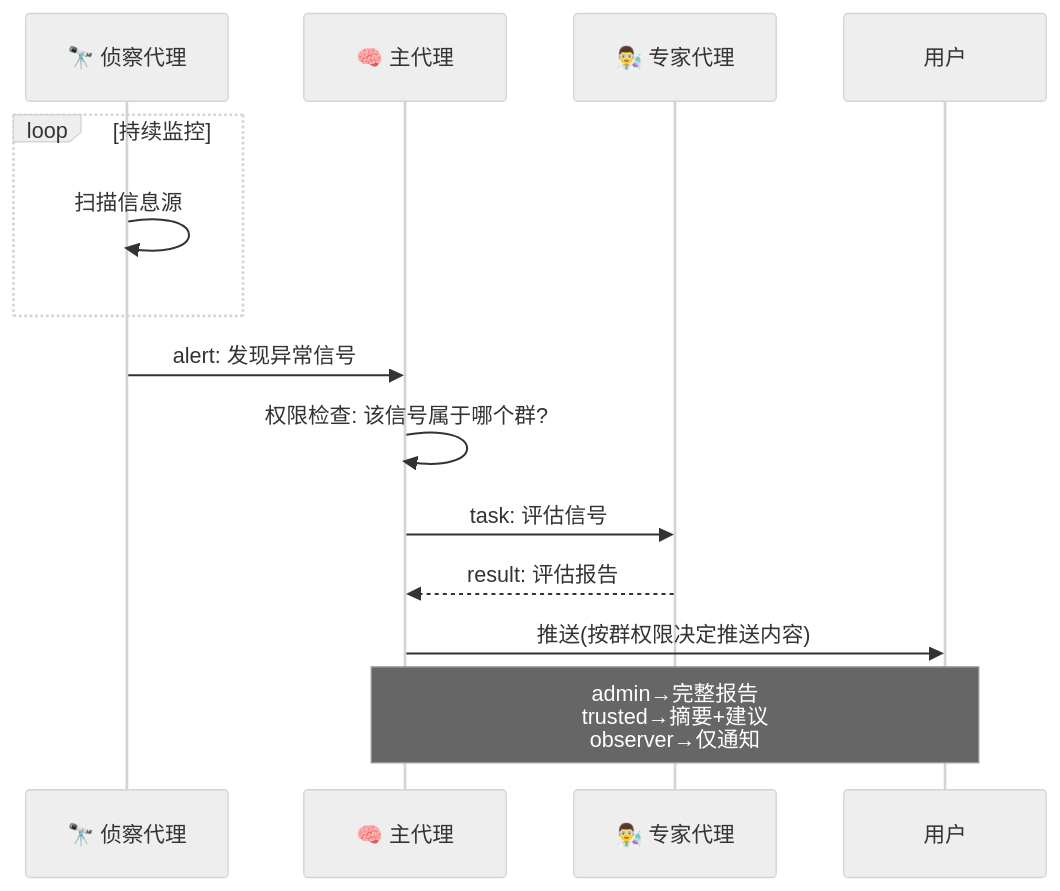
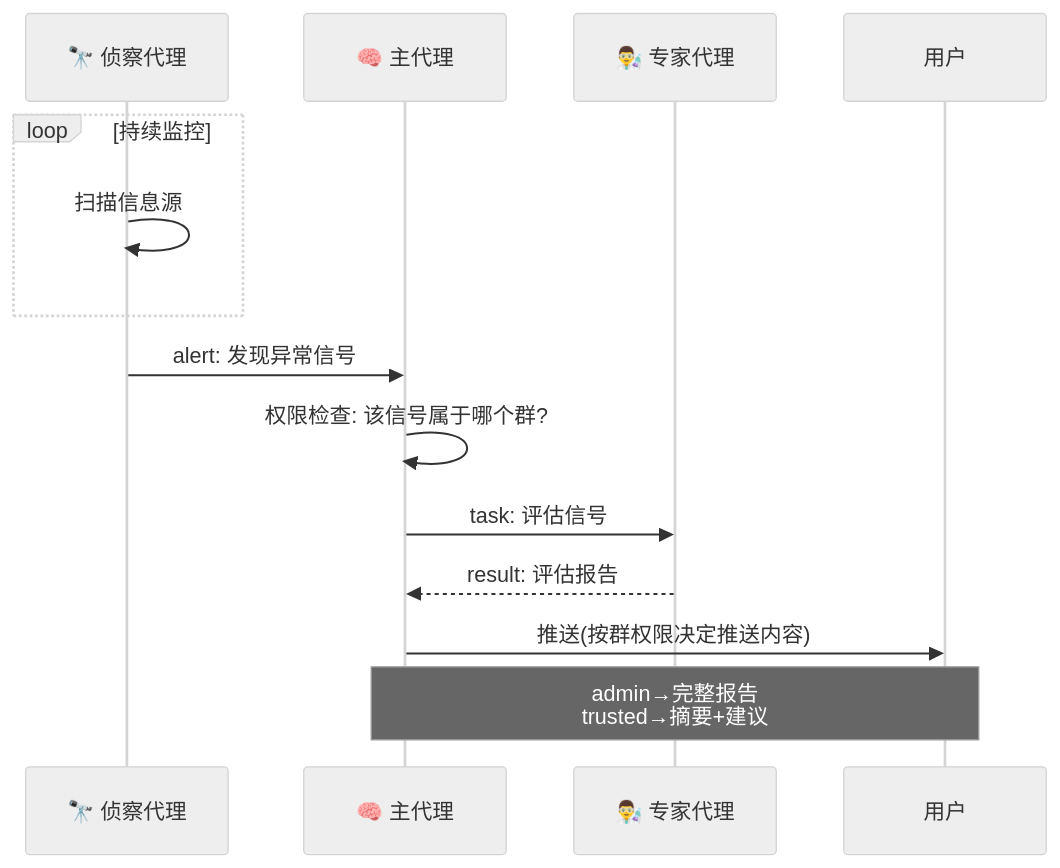
Before and after one commit to forestlei/hermes-agent: the eighth of 11 diagrams in docs/distributed-multi-agent-architecture.md, drawn with Mermaid (neutral theme). The commit also changed other lines of this file and 1 other file, not shown here.

````diff
--- a/docs/distributed-multi-agent-architecture.md
+++ b/docs/distributed-multi-agent-architecture.md
@@ -992,17 +919,17 @@
 ```mermaid
 sequenceDiagram
     participant S as 🔭 侦察代理
     participant B as 🧠 主代理
     participant E as 👨‍🔬 专家代理
     participant U as 用户
 
     loop 持续监控
         S->>S: 扫描信息源
     end
     S->>B: alert: 发现异常信号
     B->>B: 权限检查: 该信号属于哪个群?
     B->>E: task: 评估信号
     E-->>B: result: 评估报告
     B->>U: 推送(按群权限决定推送内容)
-    Note over B,U: admin→完整报告<br/>trusted→摘要+建议<br/>observer→仅通知
+    Note over B,U: admin→完整报告<br/>trusted→摘要+建议
 ```
````
